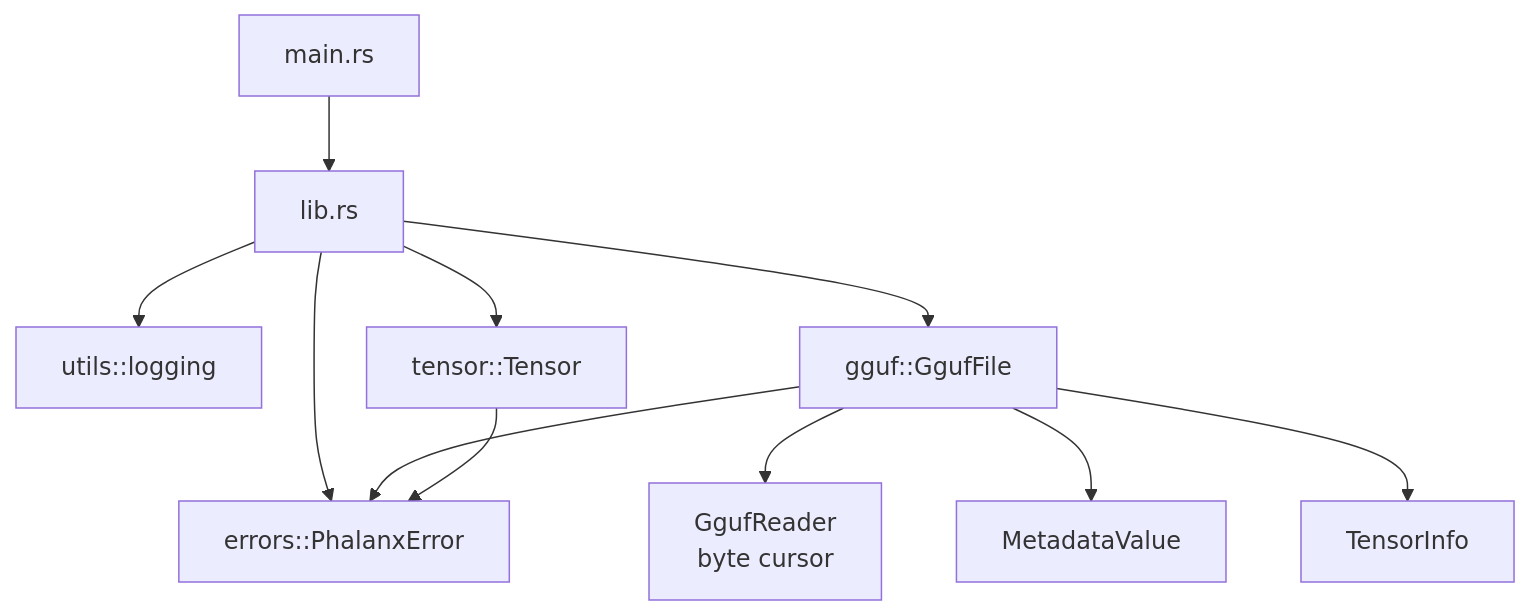
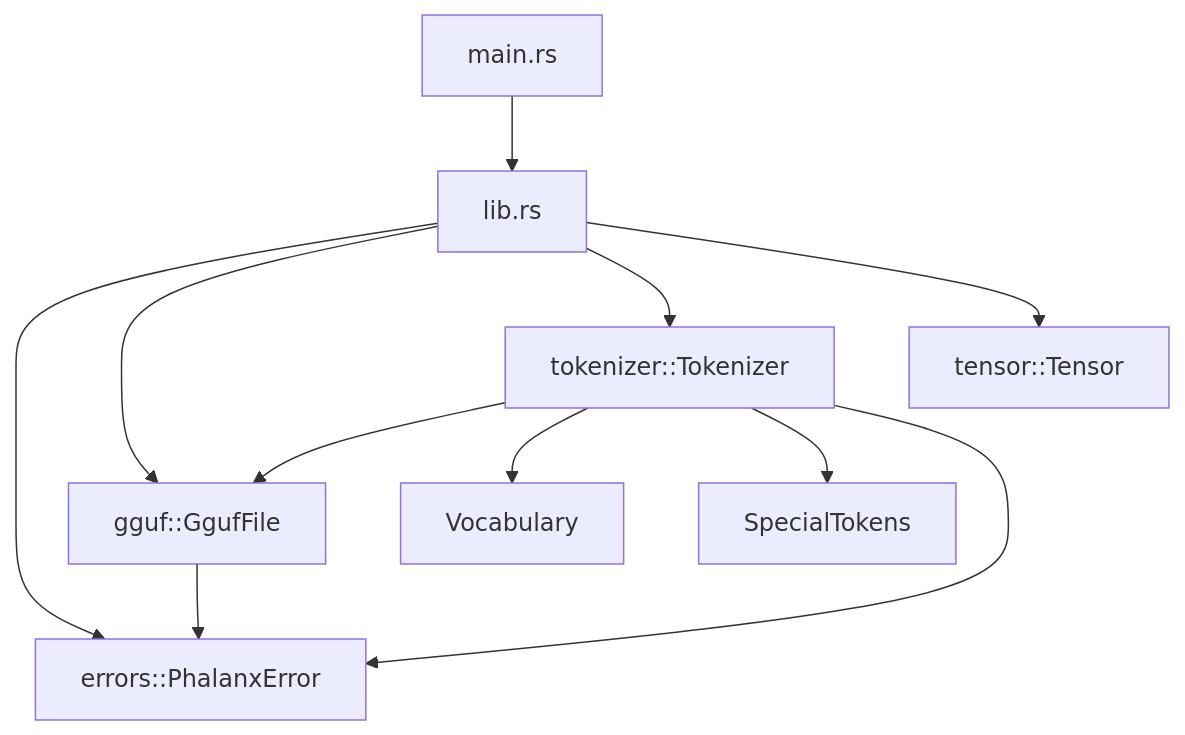
Before and after one commit to 404khai/phalanx: the first of 2 diagrams in docs/architecture.md, drawn with Mermaid. The commit also changed other lines of this file and 20 other files, not shown here.

First line of the commit message:
feat(tokenizer): load GGUF vocabulary and encode/decode text

````diff
--- a/docs/architecture.md
+++ b/docs/architecture.md
@@ -15,23 +15,22 @@
 ```mermaid
 flowchart TB
     main["main.rs"]
     lib["lib.rs"]
     errors["errors::PhalanxError"]
-    logging["utils::logging"]
+    gguf["gguf::GgufFile"]
+    tok["tokenizer::Tokenizer"]
+    vocab["Vocabulary"]
+    special["SpecialTokens"]
     tensor["tensor::Tensor"]
-    gguf["gguf::GgufFile"]
-    reader["GgufReader<br/>byte cursor"]
-    meta["MetadataValue"]
-    tinfo["TensorInfo"]
 
     main --> lib
     lib --> errors
-    lib --> logging
+    lib --> gguf
+    lib --> tok
     lib --> tensor
-    lib --> gguf
-    gguf --> reader
-    gguf --> meta
-    gguf --> tinfo
+    tok --> gguf
+    tok --> vocab
+    tok --> special
+    tok --> errors
     gguf --> errors
-    tensor --> errors
 ```
````
